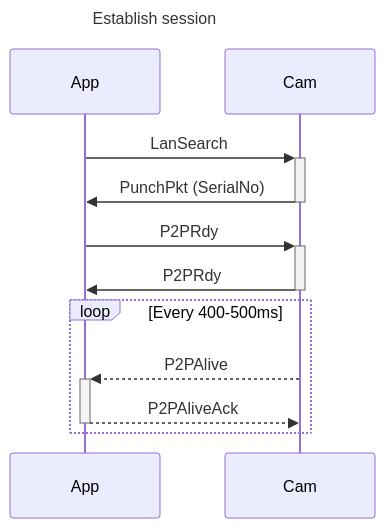
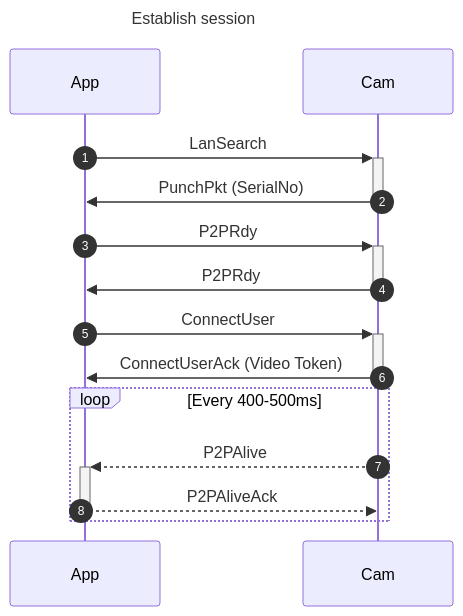
The first of 2 diagrams in proto_diag.md (DavidVentura/cam-reverse), drawn with Mermaid before and after one commit. The commit also changed other lines of this file, not shown here.

````diff
--- a/proto_diag.md
+++ b/proto_diag.md
@@ -1,16 +1,19 @@
 ```mermaid
 ---
 title: Establish session
 ---
 
 sequenceDiagram
+	autonumber
     App->>+Cam: LanSearch
     Cam->>-App: PunchPkt (SerialNo)
     App->>+Cam: P2PRdy
     Cam->>-App: P2PRdy
+    App->>+Cam: ConnectUser
+    Cam->>-App: ConnectUserAck (Video Token)
    
    loop Every 400-500ms
         Cam-->>+App: P2PAlive
         App-->>-Cam: P2PAliveAck
     end
 ```
````
